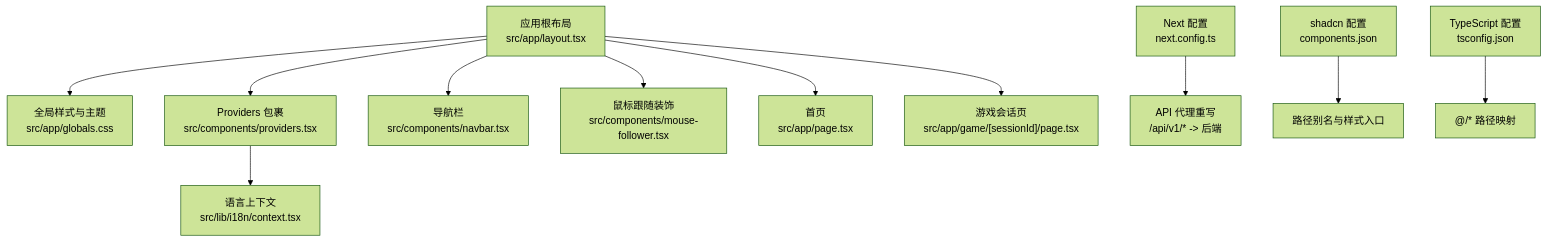
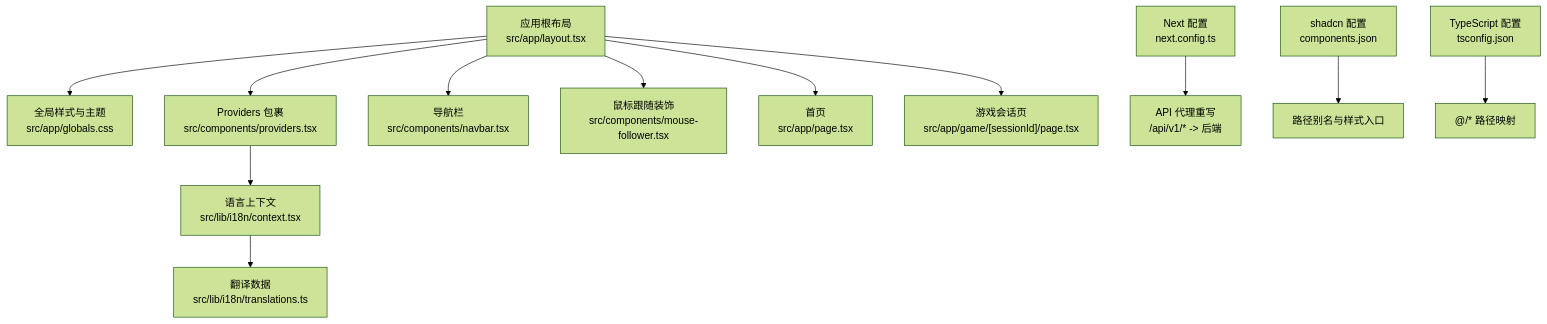
The first of 9 diagrams in .qoder/repowiki/zh/content/前端架构/前端架构.md (cccd123/macau-mystery), drawn with Mermaid (forest theme) before and after one commit. The commit also changed other lines of this file and 43 other files, not shown here.

````diff
--- a/.qoder/repowiki/zh/content/前端架构/前端架构.md
+++ b/.qoder/repowiki/zh/content/前端架构/前端架构.md
@@ -41,13 +50,14 @@
 ```mermaid
 graph TB
 A["应用根布局<br/>src/app/layout.tsx"] --> B["全局样式与主题<br/>src/app/globals.css"]
 A --> C["Providers 包裹<br/>src/components/providers.tsx"]
 C --> D["语言上下文<br/>src/lib/i18n/context.tsx"]
-A --> E["导航栏<br/>src/components/navbar.tsx"]
-A --> F["鼠标跟随装饰<br/>src/components/mouse-follower.tsx"]
-A --> G["首页<br/>src/app/page.tsx"]
-A --> H["游戏会话页<br/>src/app/game/[sessionId]/page.tsx"]
-I["Next 配置<br/>next.config.ts"] --> J["API 代理重写<br/>/api/v1/* -> 后端"]
-K["shadcn 配置<br/>components.json"] --> L["路径别名与样式入口"]
-M["TypeScript 配置<br/>tsconfig.json"] --> N["@/* 路径映射"]
+D --> E["翻译数据<br/>src/lib/i18n/translations.ts"]
+A --> F["导航栏<br/>src/components/navbar.tsx"]
+A --> G["鼠标跟随装饰<br/>src/components/mouse-follower.tsx"]
+A --> H["首页<br/>src/app/page.tsx"]
+A --> I["游戏会话页<br/>src/app/game/[sessionId]/page.tsx"]
+J["Next 配置<br/>next.config.ts"] --> K["API 代理重写<br/>/api/v1/* -> 后端"]
+L["shadcn 配置<br/>components.json"] --> M["路径别名与样式入口"]
+N["TypeScript 配置<br/>tsconfig.json"] --> O["@/* 路径映射"]
 ```
````
